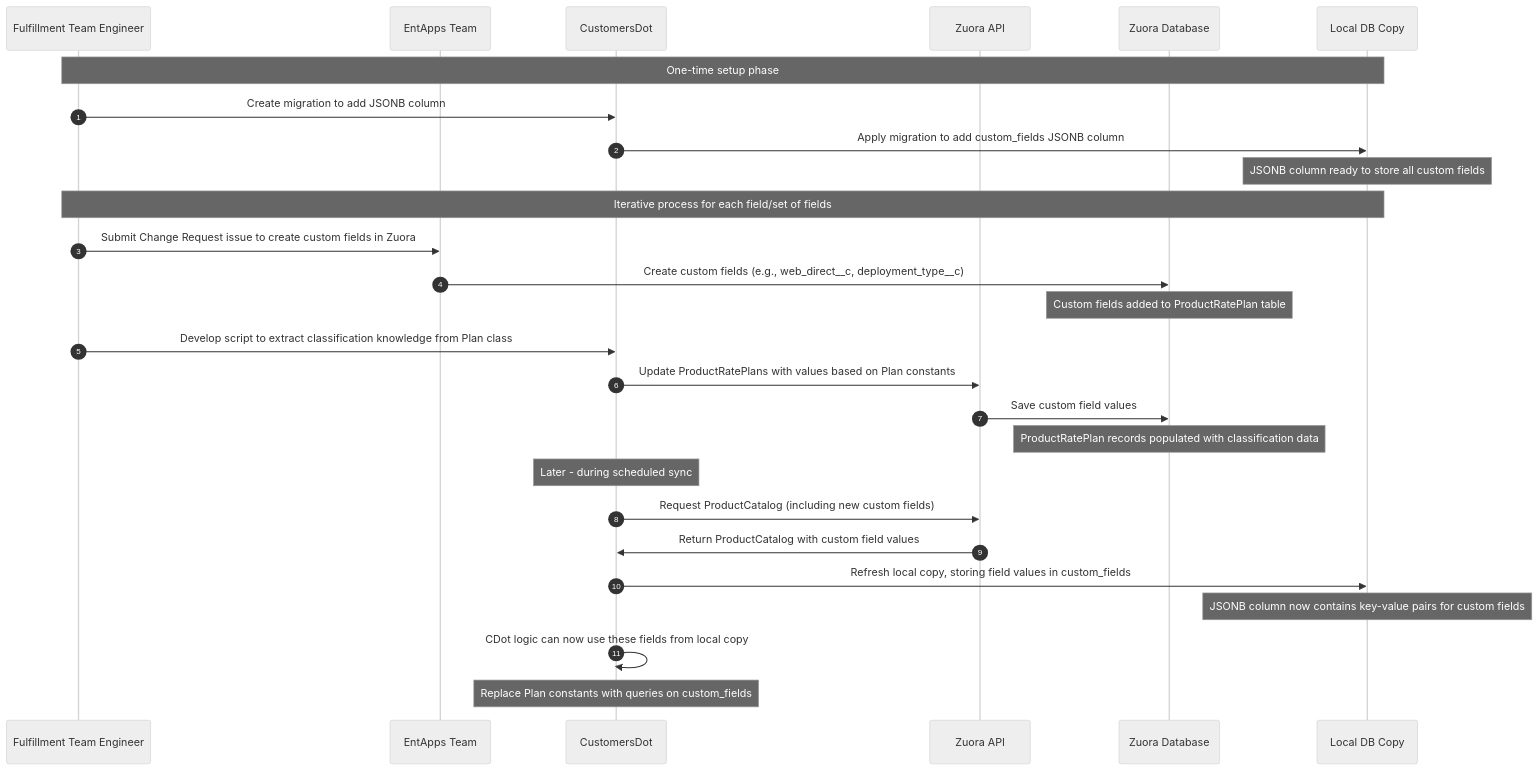
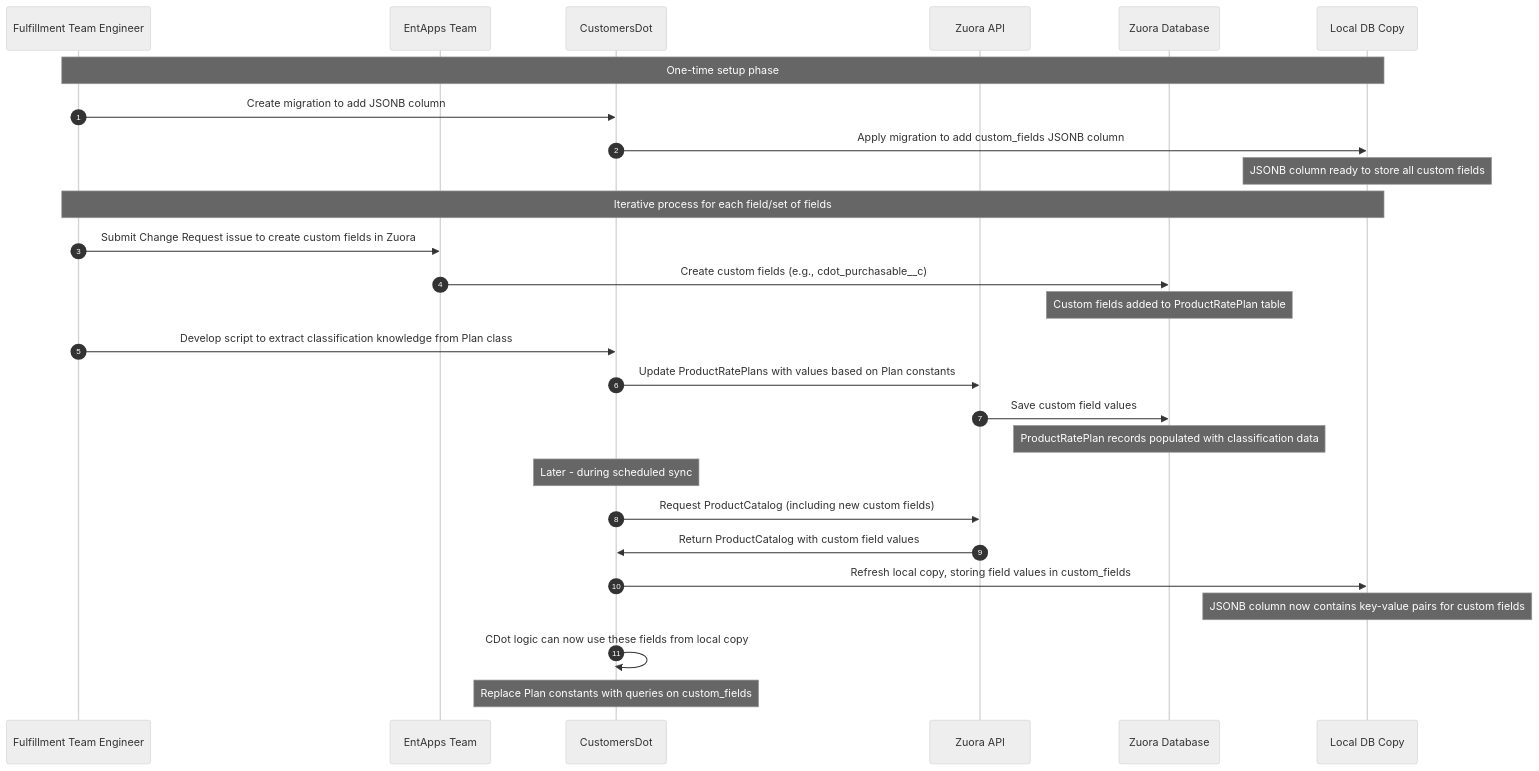
The first of 2 diagrams in content/handbook/engineering/architecture/design-documents/cdot_plan_managment/_index.md (zalyoung/gitlab-handbook), drawn with Mermaid (neutral theme) before and after one commit. The commit also changed other lines of this file, not shown here.

Commit message:
Update the example to use agreed fields

````diff
--- a/content/handbook/engineering/architecture/design-documents/cdot_plan_managment/_index.md
+++ b/content/handbook/engineering/architecture/design-documents/cdot_plan_managment/_index.md
@@ -43,34 +43,34 @@
 ```mermaid
 sequenceDiagram
     autonumber
     participant FTE as Fulfillment Team Engineer
     participant EntApps as EntApps Team
     participant CDot as CustomersDot
     participant ZuoraAPI as Zuora API
     participant ZuoraDB as Zuora Database
     participant LocalDB as Local DB Copy
 
     Note over FTE, LocalDB: One-time setup phase
     FTE->>CDot: Create migration to add JSONB column
     CDot->>LocalDB: Apply migration to add custom_fields JSONB column
     Note over LocalDB: JSONB column ready to store all custom fields
 
     Note over FTE, LocalDB: Iterative process for each field/set of fields
     FTE->>EntApps: Submit Change Request issue to create custom fields in Zuora
-    EntApps->>ZuoraDB: Create custom fields (e.g., web_direct__c, deployment_type__c)
+    EntApps->>ZuoraDB: Create custom fields (e.g., cdot_purchasable__c)
     Note over ZuoraDB: Custom fields added to ProductRatePlan table
 
     FTE->>CDot: Develop script to extract classification knowledge from Plan class
     CDot->>ZuoraAPI: Update ProductRatePlans with values based on Plan constants
     ZuoraAPI->>ZuoraDB: Save custom field values
     Note over ZuoraDB: ProductRatePlan records populated with classification data
 
     Note over CDot: Later - during scheduled sync
     CDot->>ZuoraAPI: Request ProductCatalog (including new custom fields)
     ZuoraAPI->>CDot: Return ProductCatalog with custom field values
     CDot->>LocalDB: Refresh local copy, storing field values in custom_fields
     Note over LocalDB: JSONB column now contains key-value pairs for custom fields
 
     CDot->>CDot: CDot logic can now use these fields from local copy
     Note over CDot: Replace Plan constants with queries on custom_fields
 ```
````
